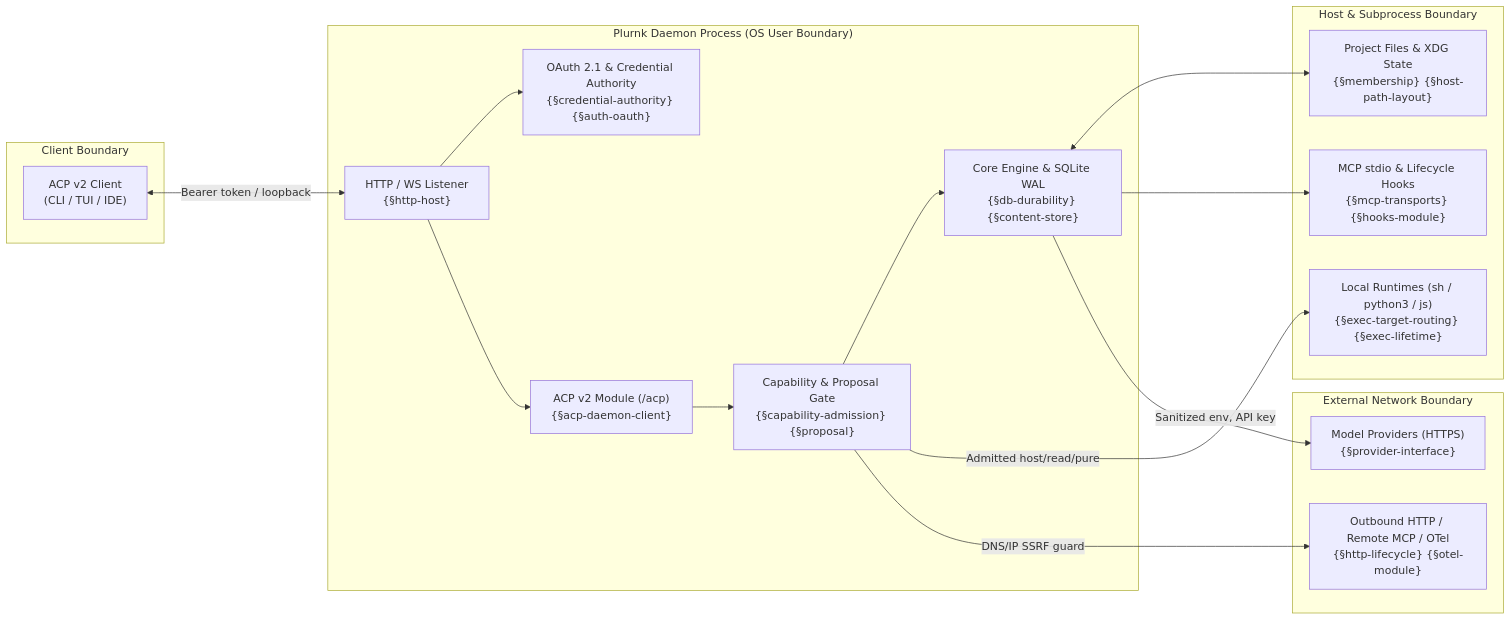
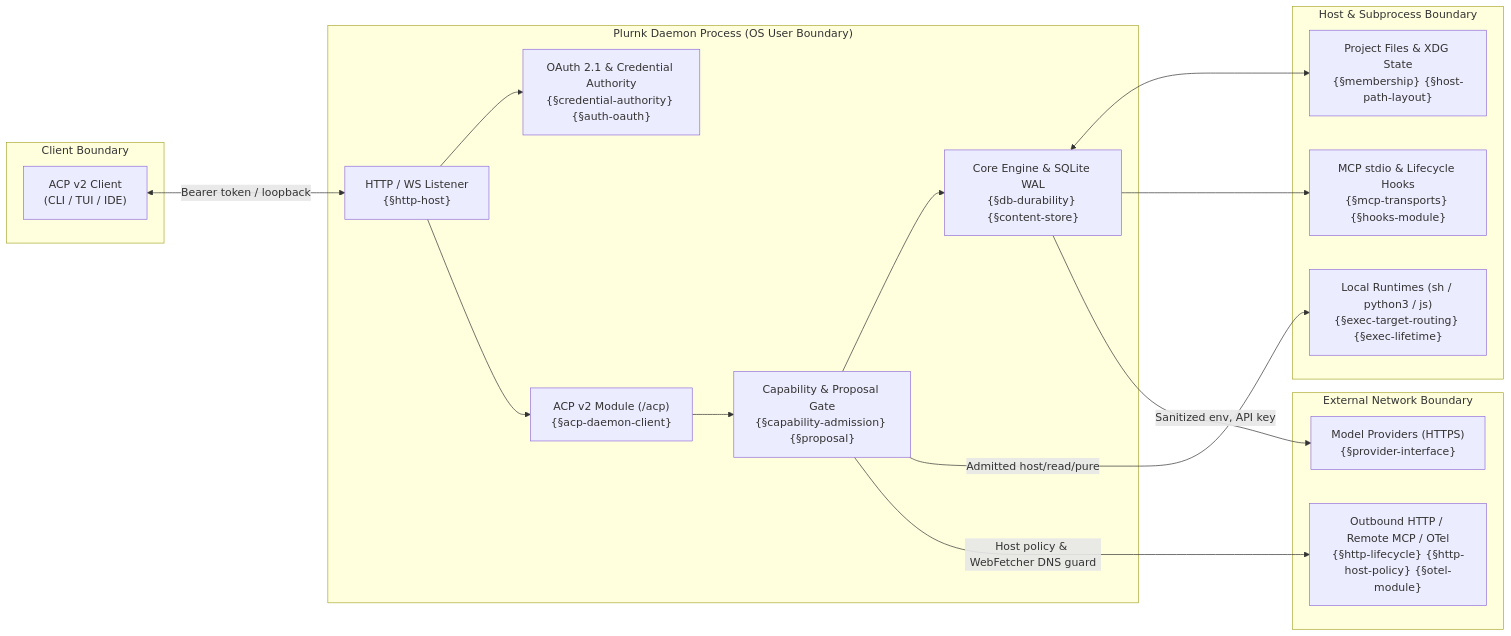
Before and after one commit to plurnk/plurnk-service: the diagram in ASSURANCE.md, drawn with Mermaid. The commit also changed other lines of this file and 47 other files, not shown here.

````diff
--- a/ASSURANCE.md
+++ b/ASSURANCE.md
@@ -17,36 +17,36 @@
 ```mermaid
 flowchart LR
     subgraph ClientBoundary["Client Boundary"]
         Client["ACP v2 Client<br/>(CLI / TUI / IDE)"]
     end
 
     subgraph DaemonBoundary["Plurnk Daemon Process (OS User Boundary)"]
         Listener["HTTP / WS Listener<br/>{§http-host}"]
         Auth["OAuth 2.1 & Credential Authority<br/>{§credential-authority} {§auth-oauth}"]
         ACP["ACP v2 Module (/acp)<br/>{§acp-daemon-client}"]
         Coordinator["Capability & Proposal Gate<br/>{§capability-admission} {§proposal}"]
         Engine["Core Engine & SQLite WAL<br/>{§db-durability} {§content-store}"]
     end
 
     subgraph LocalHost["Host & Subprocess Boundary"]
         FS["Project Files & XDG State<br/>{§membership} {§host-path-layout}"]
         Exec["Local Runtimes (sh / python3 / js)<br/>{§exec-target-routing} {§exec-lifetime}"]
         MCPStdio["MCP stdio & Lifecycle Hooks<br/>{§mcp-transports} {§hooks-module}"]
     end
 
     subgraph ExternalNetwork["External Network Boundary"]
         Providers["Model Providers (HTTPS)<br/>{§provider-interface}"]
-        RemoteHTTP["Outbound HTTP / Remote MCP / OTel<br/>{§http-lifecycle} {§otel-module}"]
+        RemoteHTTP["Outbound HTTP / Remote MCP / OTel<br/>{§http-lifecycle} {§http-host-policy} {§otel-module}"]
     end
 
     Client <-->|"Bearer token / loopback"| Listener
     Listener --> Auth
     Listener --> ACP
     ACP --> Coordinator
     Coordinator --> Engine
     Engine <--> FS
     Coordinator -->|"Admitted host/read/pure"| Exec
     Engine --> MCPStdio
     Engine -->|"Sanitized env, API key"| Providers
-    Coordinator -->|"DNS/IP SSRF guard"| RemoteHTTP
+    Coordinator -->|"Host policy & WebFetcher DNS guard"| RemoteHTTP
 ```
````
